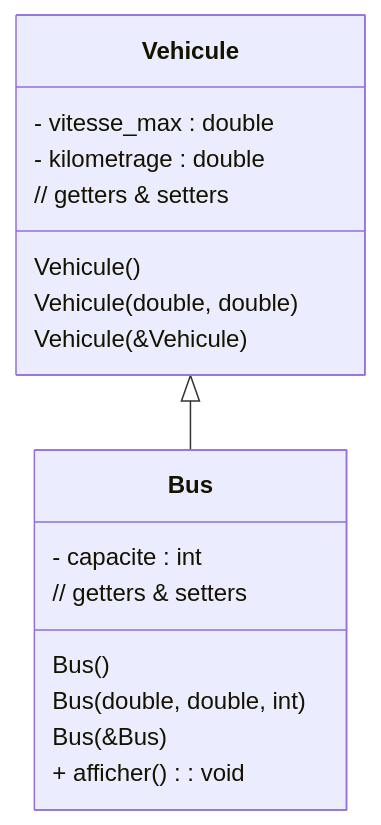
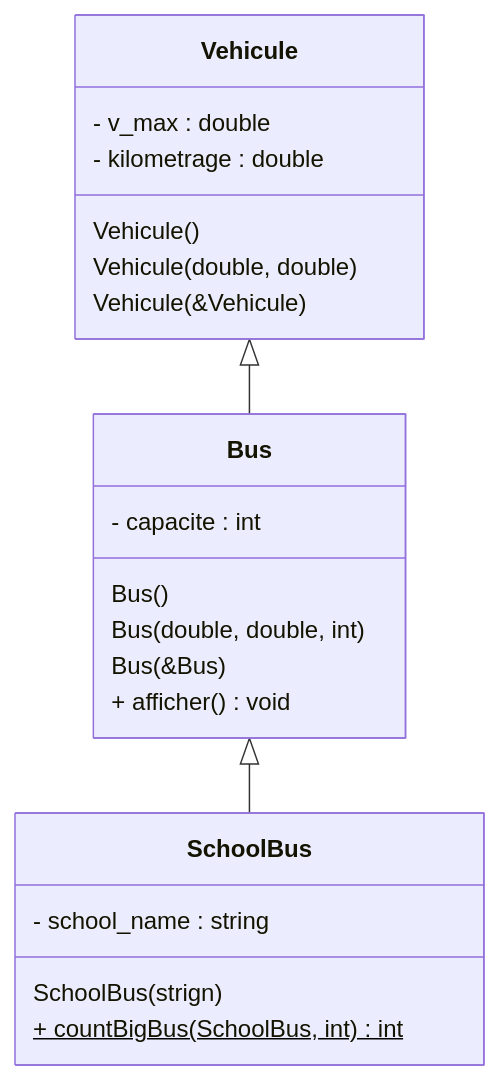
Before and after one commit to Am0L0/POO_wshp_3: the first of 2 diagrams in README.md, drawn with Mermaid. The commit also changed other lines of this file and 5 other files, not shown here.

````diff
--- a/README.md
+++ b/README.md
@@ -5,23 +5,31 @@
 ```mermaid
 classDiagram
 class Vehicule{
-    - vitesse_max : double
+    - v_max : double
     - kilometrage : double
     Vehicule()
     Vehicule(double, double)
     Vehicule(&Vehicule)
-    // getters & setters
+    %% getters & setters
 }
 
 class Bus{
     - capacite : int
     Bus()
     Bus(double, double, int)
     Bus(&Bus)
-    // getters & setters
-    + afficher() : void
+    %% getters & setters
+    + afficher() void
+}
+
+class SchoolBus{
+    - school_name : string
+    SchoolBus(strign)
+    %% getter & setter
+    + countBigBus(SchoolBus, int)$ int
 }
 
 Vehicule <|--Bus
+Bus<|--SchoolBus
 
 ```
````
